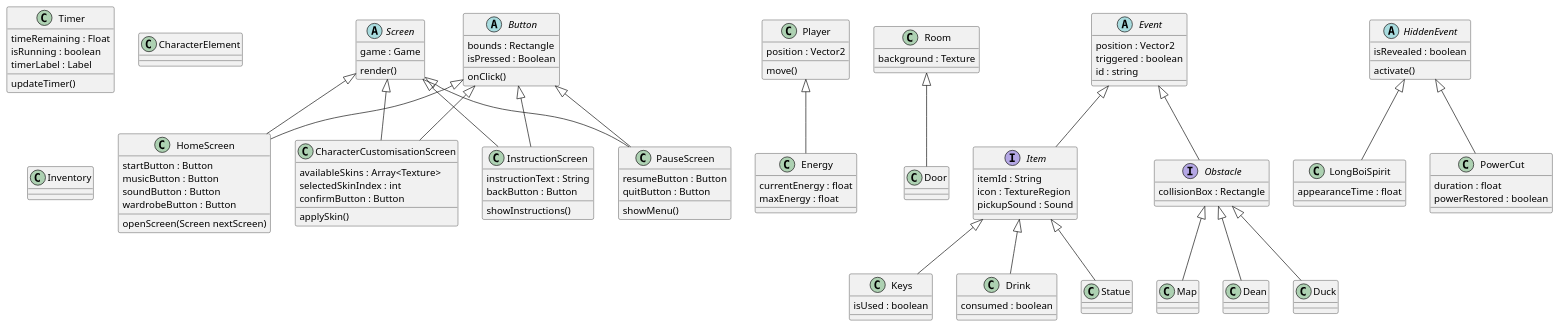
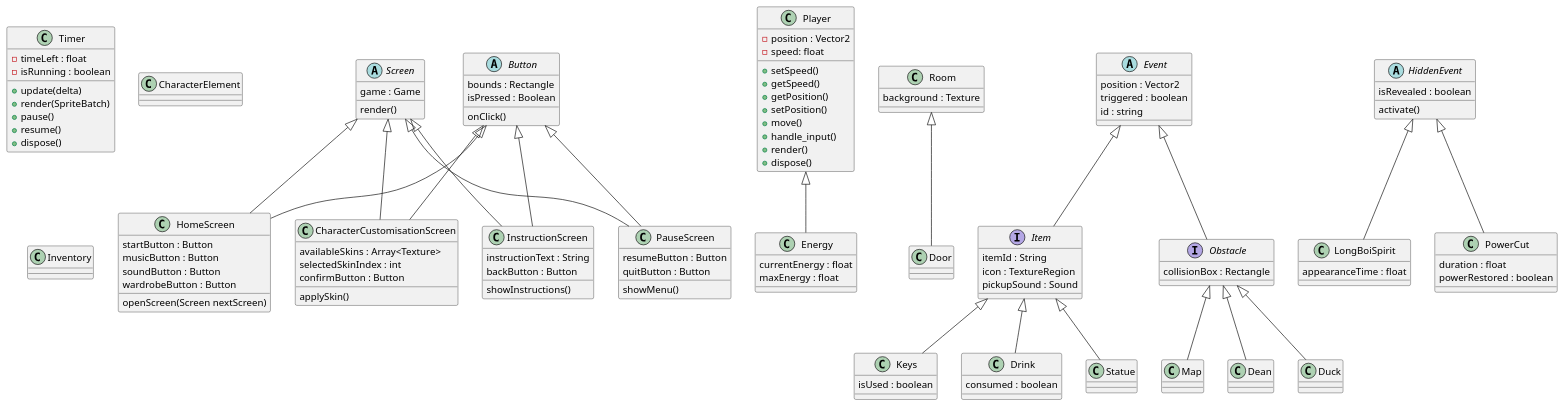
Before and after one commit to WHALES-ENG1/WHALES-Assets: the diagram in Architecture/classDiagram.puml, drawn with PlantUML.

Commit message:
Updated Class Diagram to match code

```diff
--- a/Architecture/classDiagram.puml
+++ b/Architecture/classDiagram.puml
@@ -1,144 +1,155 @@
 @startuml classDiagram
 
 'Misc
 
 'Is this a screen?
 class Timer {
-    timeRemaining : Float
-    isRunning : boolean
-    timerLabel : Label
-    updateTimer()
+    -timeLeft : float
+    -isRunning : boolean
+    +update(delta)
+    +render(SpriteBatch)
+    +pause()
+    +resume()
+    +dispose()
 }
 
 'What is this
 class CharacterElement
 
 'Where does this go?
 class Inventory
 
 'Screen
 abstract class Screen {
     game : Game
     render()
 }
 
 class InstructionScreen {
     instructionText : String
     backButton : Button
     showInstructions()
 }
 
 class PauseScreen {
     resumeButton : Button
     quitButton : Button
     showMenu()
 }
 
 class HomeScreen {
     startButton : Button
     musicButton : Button
     soundButton : Button
     wardrobeButton : Button
     openScreen(Screen nextScreen)
 }
 
 class CharacterCustomisationScreen {
    availableSkins : Array<Texture>
    selectedSkinIndex : int
    confirmButton : Button
    applySkin()
 }
 
 Screen <|-- InstructionScreen
 Button <|-- InstructionScreen
 
 Button <|-- PauseScreen
 Screen <|-- PauseScreen
 
 Button <|-- HomeScreen
 Screen <|-- HomeScreen
 
 Button <|-- CharacterCustomisationScreen
 Screen <|-- CharacterCustomisationScreen
 
 'Button
 abstract class Button {
     bounds : Rectangle
     isPressed : Boolean
     onClick()
 }
 
 'Player
 class Player {
-    position : Vector2
-    move()
+    -position : Vector2
+    -speed: float
+    +setSpeed()
+    +getSpeed()
+    +getPosition()
+    +setPosition()
+    +move()
+    +handle_input()
+    +render()
+    +dispose()
 }
 
 class Energy {
     currentEnergy : float
     maxEnergy : float
 }
 
 Player <|-- Energy
 
 
 'Room
 class Room {
     background : Texture
 }
 
 Room <|-- Door
 
 'Event
 abstract class Event {
     position : Vector2
     triggered : boolean
     id : string
 }
 
 interface Item {
     itemId : String
     icon : TextureRegion
     pickupSound : Sound
 }
 
 interface Obstacle {
     collisionBox : Rectangle
 }
 
 class Keys {
     isUsed : boolean
 }
 
 class Drink {
     consumed : boolean
 }
 
 Event <|-- Item
 Event <|-- Obstacle
 Obstacle <|-- Map
 Obstacle <|-- Dean
 Obstacle <|-- Duck
 Item <|-- Keys
 Item <|-- Drink
 Item <|-- Statue
 
 'Hidden Event
 abstract class HiddenEvent {
     isRevealed : boolean
     activate()
 }
 
 class LongBoiSpirit {
     appearanceTime : float
 }
 
 class PowerCut {
     duration : float
     powerRestored : boolean
 }
 
 HiddenEvent <|-- LongBoiSpirit
 HiddenEvent <|-- PowerCut
 
 @enduml
```
